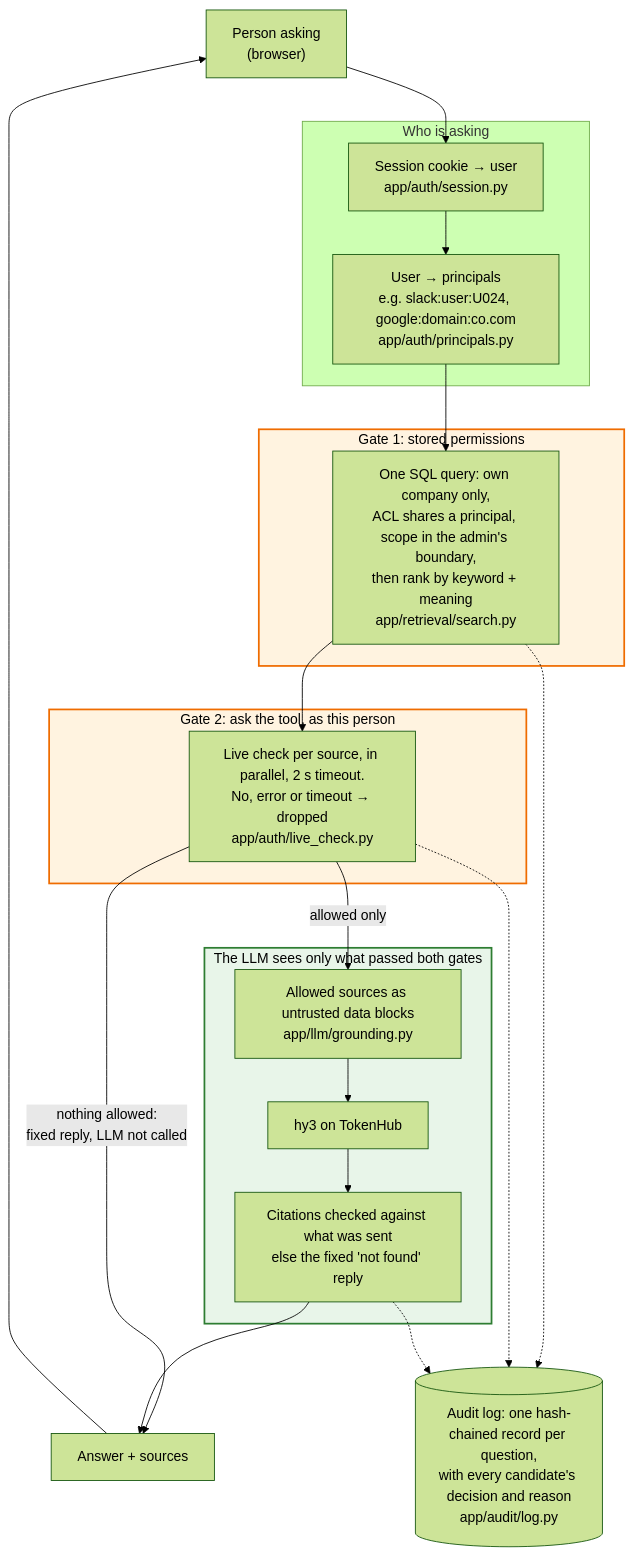
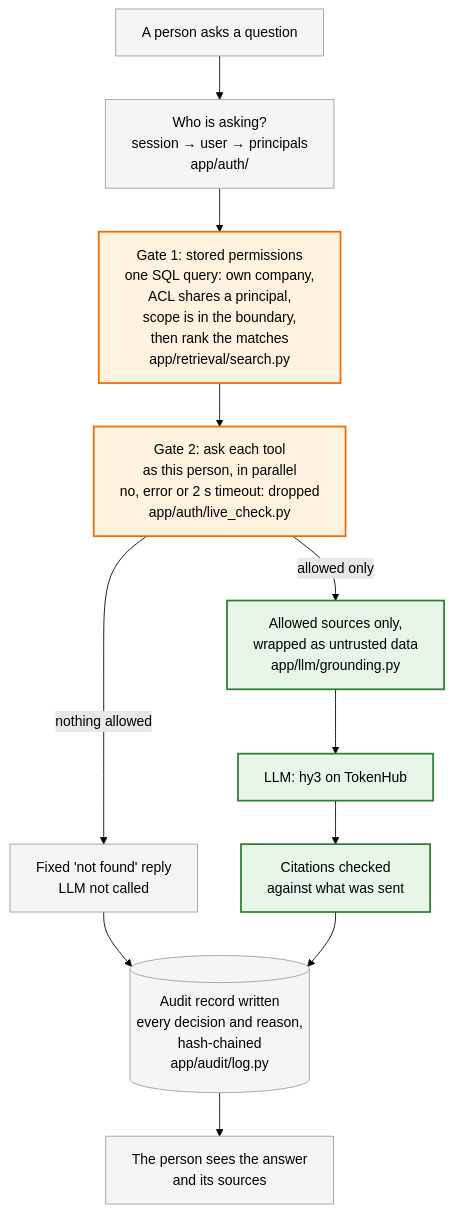
The first of 6 diagrams in docs/ARCHITECTURE.md (gabriel-wan/tencent-hackathon-fintech), drawn with Mermaid (forest theme) before and after one commit. The commit also changed other lines of this file and 1 other file, not shown here.

First line of the commit message:
docs: redraw the diagrams so arrows join boxes instead of crossing them

````diff
--- a/docs/ARCHITECTURE.md
+++ b/docs/ARCHITECTURE.md
@@ -35,32 +36,29 @@
 ```mermaid
+%%{init: {"flowchart": {"wrappingWidth": 360}}}%%
 flowchart TB
-    U["Person asking<br/>(browser)"]
-    subgraph ID["Who is asking"]
-        S["Session cookie → user<br/>app/auth/session.py"]
-        P["User → principals<br/>e.g. slack:user:U024, google:domain:co.com<br/>app/auth/principals.py"]
-    end
-    subgraph G1["Gate 1: stored permissions"]
-        Q["One SQL query: own company only,<br/>ACL shares a principal, scope in the admin's boundary,<br/>then rank by keyword + meaning<br/>app/retrieval/search.py"]
-    end
-    subgraph G2["Gate 2: ask the tool, as this person"]
-        L["Live check per source, in parallel, 2 s timeout.<br/>No, error or timeout → dropped<br/>app/auth/live_check.py"]
-    end
-    subgraph LLMB["The LLM sees only what passed both gates"]
-        C["Allowed sources as untrusted data blocks<br/>app/llm/grounding.py"]
-        M["hy3 on TokenHub"]
-        V["Citations checked against what was sent<br/>else the fixed 'not found' reply"]
-    end
-    A[("Audit log: one hash-chained record per question,<br/>with every candidate's decision and reason<br/>app/audit/log.py")]
+    U["A person asks a question"]
+    ID["Who is asking?<br/>session → user → principals<br/>app/auth/"]
+    G1["Gate 1: stored permissions<br/>one SQL query: own company,<br/>ACL shares a principal,<br/>scope is in the boundary,<br/>then rank the matches<br/>app/retrieval/search.py"]
+    G2["Gate 2: ask each tool<br/>as this person, in parallel<br/>no, error or 2 s timeout: dropped<br/>app/auth/live_check.py"]
+    N["Fixed 'not found' reply<br/>LLM not called"]
+    C["Allowed sources only,<br/>wrapped as untrusted data<br/>app/llm/grounding.py"]
+    M["LLM: hy3 on TokenHub"]
+    V["Citations checked<br/>against what was sent"]
+    A[("Audit record written<br/>every decision and reason,<br/>hash-chained<br/>app/audit/log.py")]
+    R["The person sees the answer<br/>and its sources"]
 
-    U --> S --> P --> Q --> L
-    L -->|"nothing allowed:<br/>fixed reply, LLM not called"| R["Answer + sources"]
-    L -->|"allowed only"| C --> M --> V --> R --> U
-    Q -.-> A
-    L -.-> A
-    V -.-> A
+    U --> ID --> G1 --> G2
+    G2 -->|"nothing allowed"| N
+    G2 -->|"allowed only"| C
+    C --> M --> V
+    N --> A
+    V --> A
+    A --> R
 
     classDef gate fill:#fff3e0,stroke:#ef6c00,stroke-width:2px,color:#000
     classDef llm fill:#e8f5e9,stroke:#2e7d32,stroke-width:2px,color:#000
+    classDef plain fill:#f5f5f5,stroke:#9e9e9e,color:#000
     class G1,G2 gate
-    class LLMB llm
+    class C,M,V llm
+    class U,ID,N,A,R plain
 ```
````
